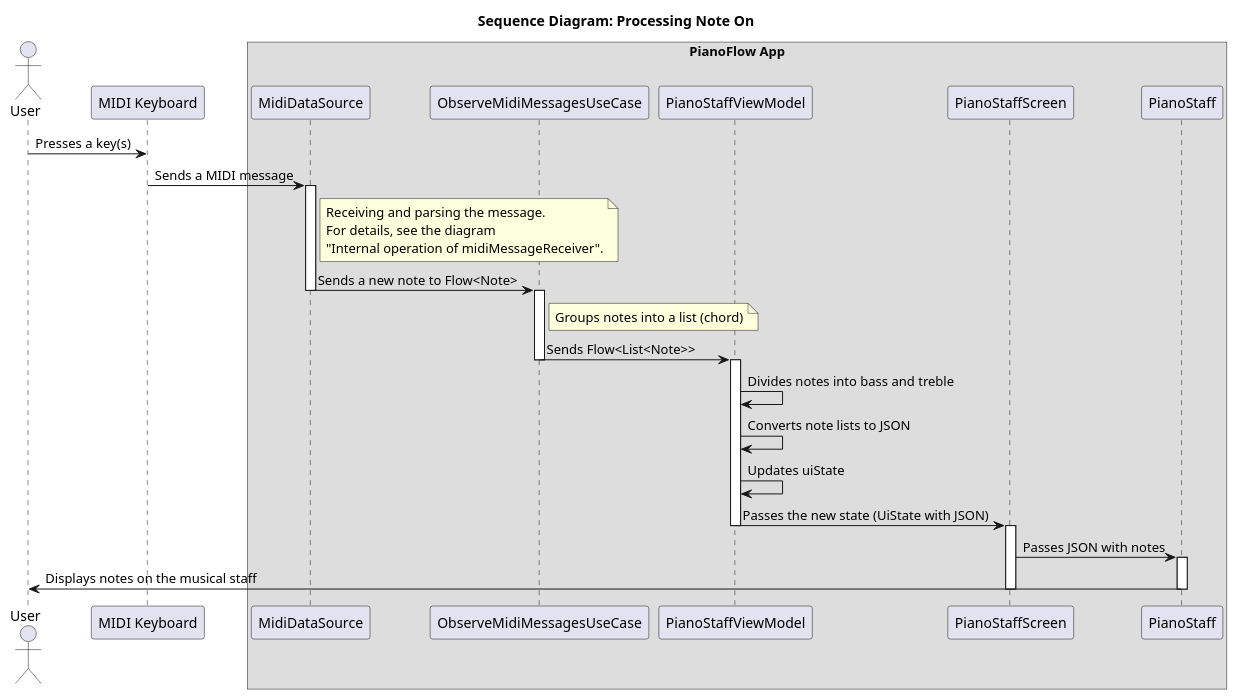
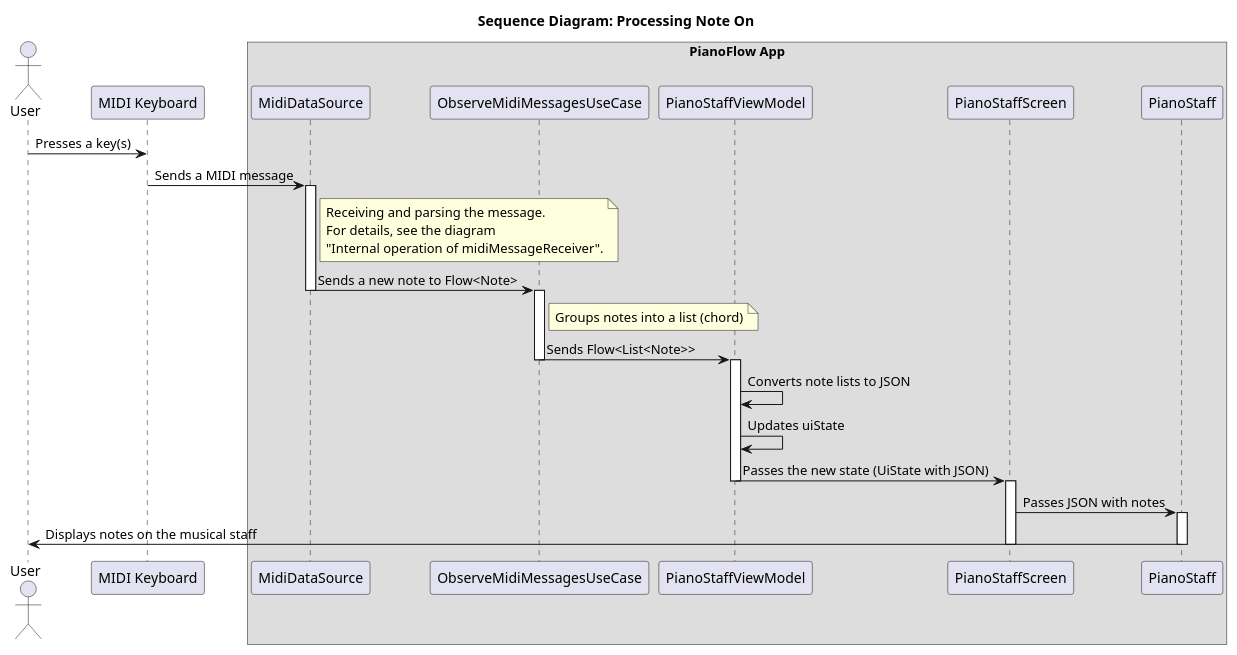
Before and after one commit to astrizhachuk/PianoFlow: the fifth of 6 diagrams in docs/en/ts/MIDI_MESSAGE_PROCESSING.md, drawn with PlantUML. The commit also changed other lines of this file and 11 other files, not shown here.

````diff
--- a/docs/en/ts/MIDI_MESSAGE_PROCESSING.md
+++ b/docs/en/ts/MIDI_MESSAGE_PROCESSING.md
@@ -296,48 +292,47 @@
 ```plantuml
 @startuml
 title Sequence Diagram: Processing Note On
 
 actor User as User
 participant "MIDI Keyboard" as Keyboard
 box "PianoFlow App"
   participant "MidiDataSource" as DS
   participant "ObserveMidiMessagesUseCase" as UC
   participant "PianoStaffViewModel" as VM
   participant "PianoStaffScreen" as Screen
   participant "PianoStaff" as Staff
 end box
 
 User -> Keyboard : Presses a key(s)
 Keyboard -> DS : Sends a MIDI message
 activate DS
 
 note right of DS
   Receiving and parsing the message.
   For details, see the diagram
   "Internal operation of midiMessageReceiver".
 end note
 
 DS -> UC : Sends a new note to Flow<Note>
 deactivate DS
 activate UC
 
 note right of UC: Groups notes into a list (chord)
 UC -> VM : Sends Flow<List<Note>>
 deactivate UC
 activate VM
 
-VM -> VM : Divides notes into bass and treble
 VM -> VM : Converts note lists to JSON
 VM -> VM : Updates uiState
 VM -> Screen : Passes the new state (UiState with JSON)
 deactivate VM
 activate Screen
 
 Screen -> Staff : Passes JSON with notes
 activate Staff
 Staff -> User : Displays notes on the musical staff
 deactivate Staff
 deactivate Screen
 
 @enduml
 ```
````
